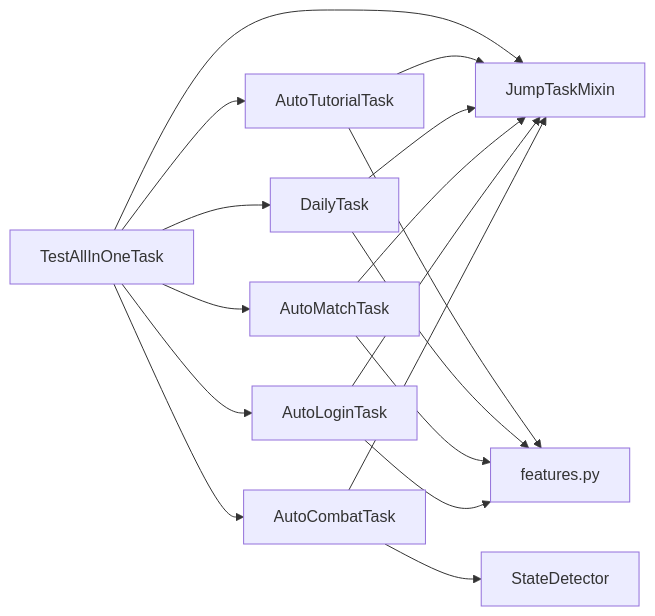
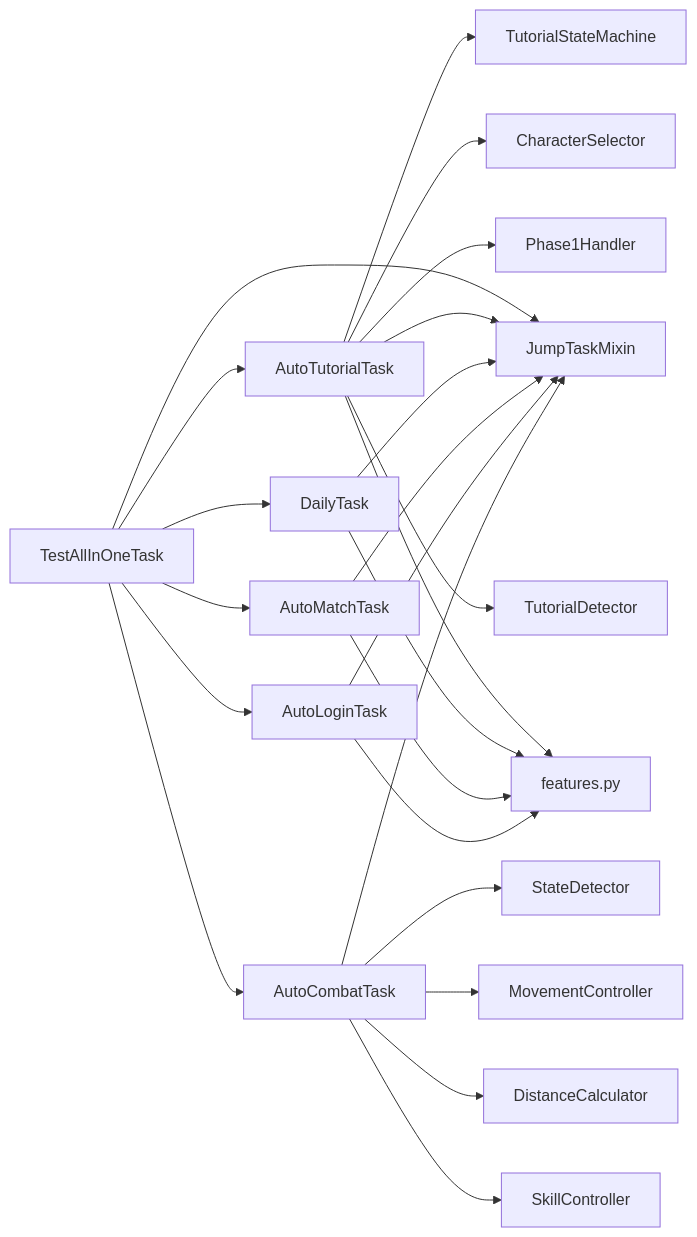
One commit to xsy098-max/ok-jump changed the seventh of 7 diagrams in .qoder/repowiki/zh/content/任务系统/任务系统.md. Above: the diagram before and after it, drawn with Mermaid. The commit also changed other lines of this file and 13 other files, not shown here.

````diff
--- a/.qoder/repowiki/zh/content/任务系统/任务系统.md
+++ b/.qoder/repowiki/zh/content/任务系统/任务系统.md
@@ -488,19 +671,26 @@
 ```mermaid
 graph LR
 AC["AutoCombatTask"] --> SD["StateDetector"]
 AC --> Mix["JumpTaskMixin"]
+AC --> MC["MovementController"]
+AC --> DC["DistanceCalculator"]
+AC --> SK["SkillController"]
 AL["AutoLoginTask"] --> Mix
 AM["AutoMatchTask"] --> Mix
 D["DailyTask"] --> Mix
 AT["AutoTutorialTask"] --> Mix
+AT --> SM["TutorialStateMachine"]
+AT --> CS["CharacterSelector"]
+AT --> PH["Phase1Handler"]
+AT --> TD["TutorialDetector"]
 TAIO["TestAllInOneTask"] --> Mix
 TAIO --> AL
 TAIO --> AT
 TAIO --> AM
 TAIO --> AC
 TAIO --> D
 AL --> F["features.py"]
 AM --> F
 D --> F
 AT --> F
 ```
````
